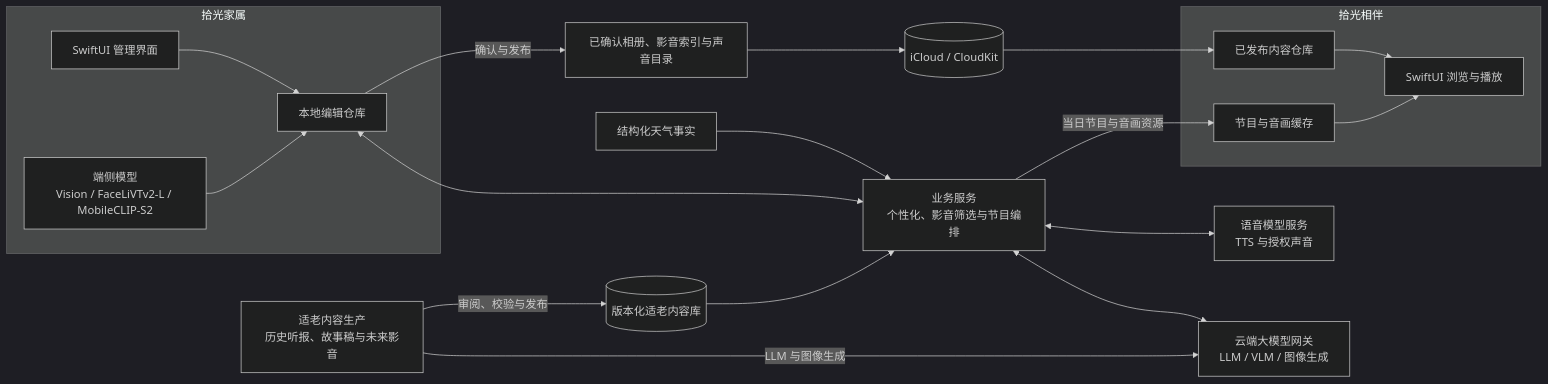
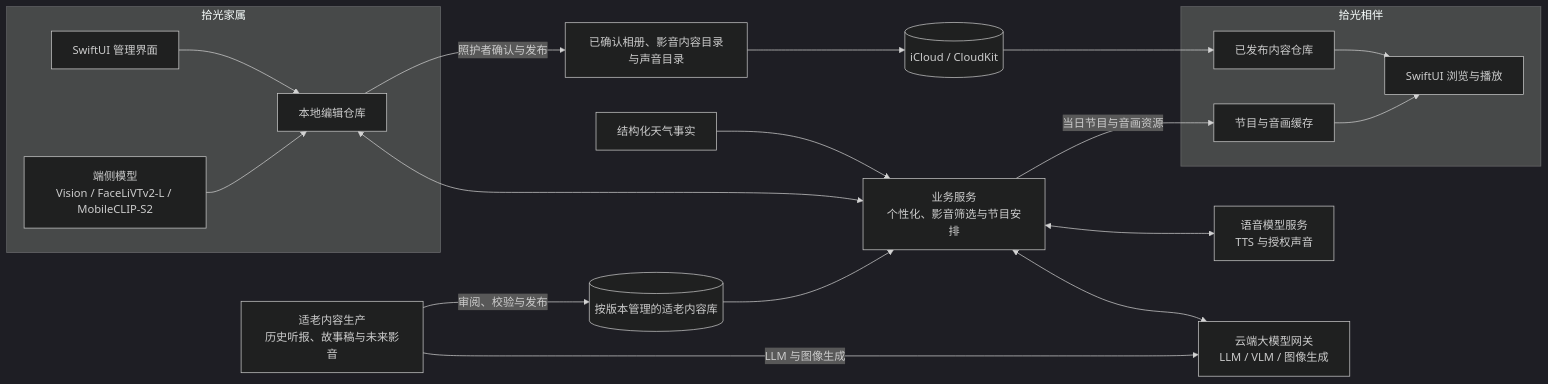
Before and after one commit to FlyLow24/ReLight: the second of 2 diagrams in README.md, drawn with Mermaid (dark theme). The commit also changed other lines of this file and 1 other file, not shown here.

````diff
--- a/README.md
+++ b/README.md
@@ -146,39 +146,39 @@
 ```mermaid
 flowchart LR
     subgraph Organizer[拾光家属]
         OUI[SwiftUI 管理界面]
         Local[本地编辑仓库]
         DeviceAI[端侧模型<br/>Vision / FaceLiVTv2-L / MobileCLIP-S2]
         OUI --> Local
         DeviceAI --> Local
     end
 
-    Services[业务服务<br/>个性化、影音筛选与节目编排]
+    Services[业务服务<br/>个性化、影音筛选与节目安排]
     ModelGateway[云端大模型网关<br/>LLM / VLM / 图像生成]
     SpeechModels[语音模型服务<br/>TTS 与授权声音]
-    Published[已确认相册、影音索引与声音目录]
+    Published[已确认相册、影音内容目录与声音目录]
     Cloud[(iCloud / CloudKit)]
     Weather[结构化天气事实]
     ContentFactory[适老内容生产<br/>历史听报、故事稿与未来影音]
-    ContentLibrary[(版本化适老内容库)]
+    ContentLibrary[(按版本管理的适老内容库)]
 
     subgraph LovedOne[拾光相伴]
         Synced[已发布内容仓库]
         ProgramCache[节目与音画缓存]
         LUI[SwiftUI 浏览与播放]
         Synced --> LUI
         ProgramCache --> LUI
     end
 
     Local <--> Services
     Services <--> ModelGateway
     Services <--> SpeechModels
     Weather --> Services
     ContentFactory -->|LLM 与图像生成| ModelGateway
     ContentFactory -->|审阅、校验与发布| ContentLibrary
     ContentLibrary --> Services
-    Local -->|确认与发布| Published
+    Local -->|照护者确认与发布| Published
     Published --> Cloud
     Cloud --> Synced
     Services -->|当日节目与音画资源| ProgramCache
 ```
````
